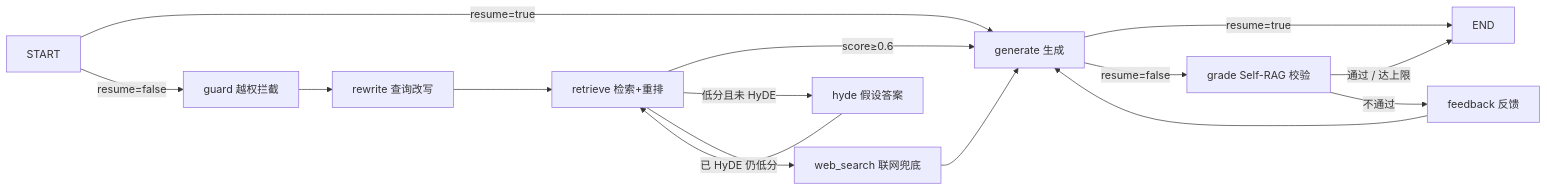
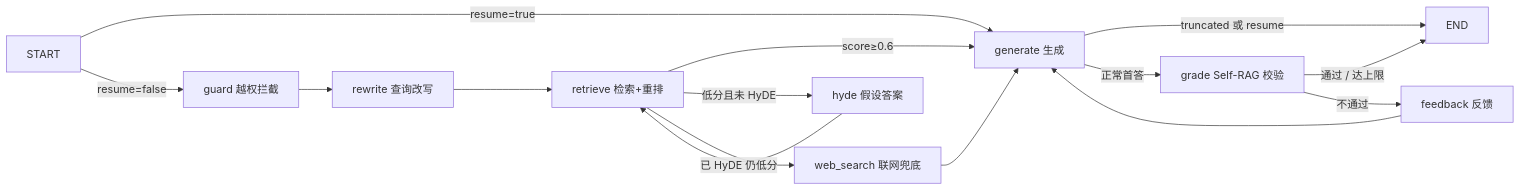
One commit to ctreyx/doctor-agent changed the third of 4 diagrams in README.md. Above: the diagram before and after it, drawn with Mermaid. The commit also changed other lines of this file and 1 other file, not shown here.

First line of the commit message:
feat: skip Self-RAG grading when the answer was truncated; document boundaries and trade-offs

````diff
--- a/README.md
+++ b/README.md
@@ -391,13 +392,13 @@
 ```mermaid
 graph LR
     START -->|resume=true| generate[generate 生成]
     START -->|resume=false| guard[guard 越权拦截]
     guard --> rewrite[rewrite 查询改写] --> retrieve[retrieve 检索+重排]
     retrieve -->|"score≥0.6"| generate
     retrieve -->|"低分且未 HyDE"| hyde[hyde 假设答案] --> retrieve
     retrieve -->|"已 HyDE 仍低分"| web_search[web_search 联网兜底] --> generate
-    generate -->|resume=true| END
-    generate -->|resume=false| grade[grade Self-RAG 校验]
+    generate -->|"truncated 或 resume"| END
+    generate -->|正常首答| grade[grade Self-RAG 校验]
     grade -->|通过 / 达上限| END
     grade -->|不通过| feedback[feedback 反馈] --> generate
 ```
````
